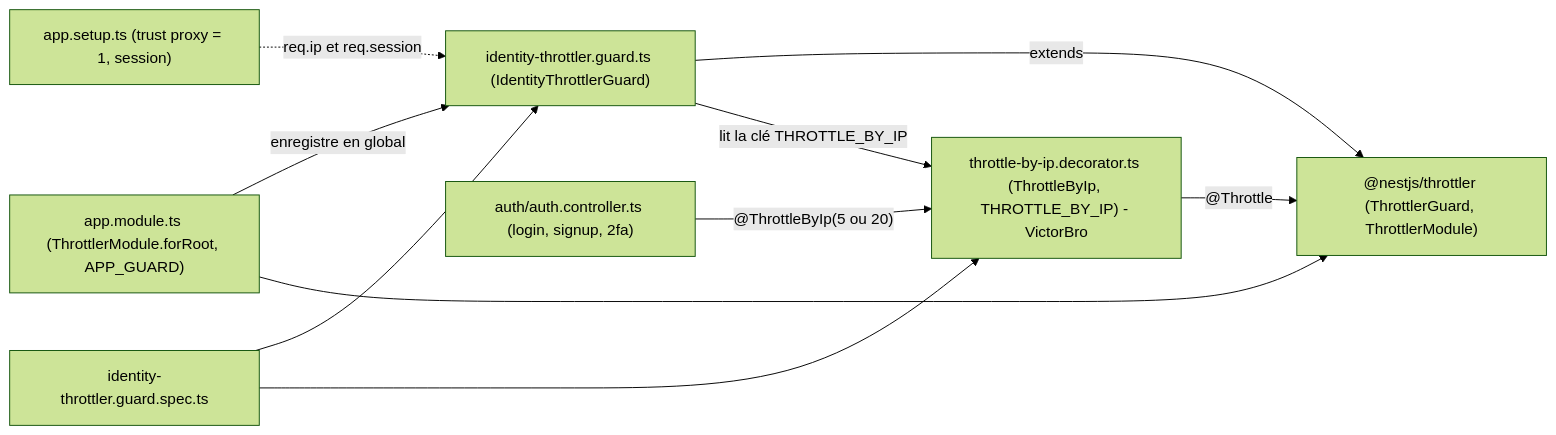
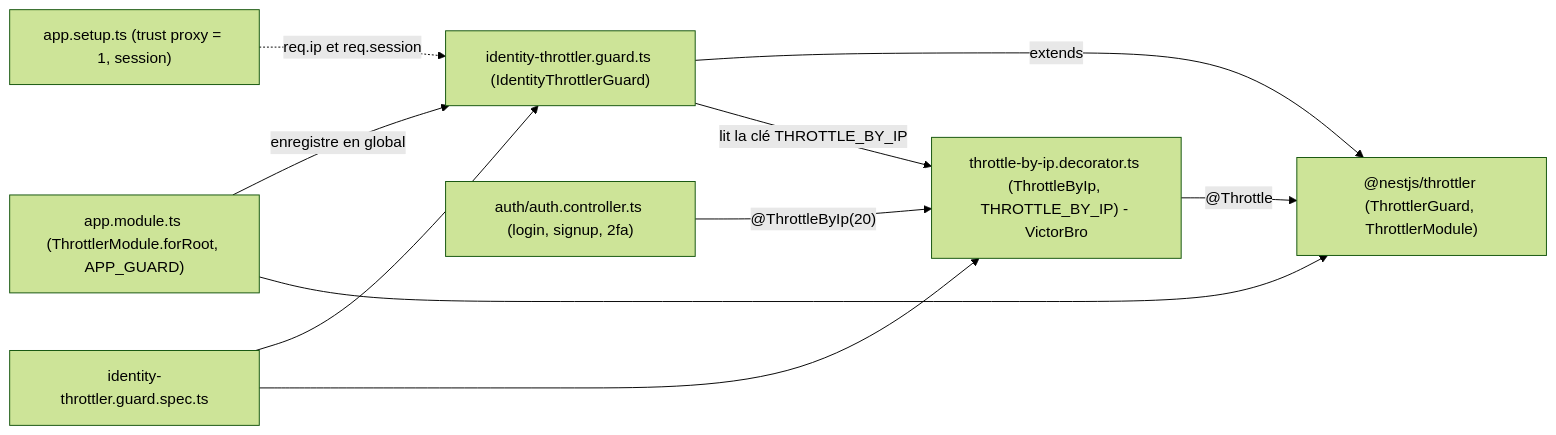
One commit to VictorBro/ft_transcendence changed the first of 3 diagrams in docs/transcendence-course/endrit/throttler/README.md. Above: the diagram before and after it, drawn with Mermaid (forest theme). The commit also changed other lines of this file and 223 other files, not shown here.

````diff
--- a/docs/transcendence-course/endrit/throttler/README.md
+++ b/docs/transcendence-course/endrit/throttler/README.md
@@ -55,20 +55,20 @@
 ```mermaid
 flowchart LR
   LIB["@nestjs/throttler (ThrottlerGuard, ThrottlerModule)"]
   MOD["app.module.ts (ThrottlerModule.forRoot, APP_GUARD)"]
   GUARD["identity-throttler.guard.ts (IdentityThrottlerGuard)"]
   DECO["throttle-by-ip.decorator.ts (ThrottleByIp, THROTTLE_BY_IP) - VictorBro"]
   AUTHC["auth/auth.controller.ts (login, signup, 2fa)"]
   SETUP["app.setup.ts (trust proxy = 1, session)"]
   SPEC["identity-throttler.guard.spec.ts"]
 
   GUARD -->|"extends"| LIB
   GUARD -->|"lit la clé THROTTLE_BY_IP"| DECO
   MOD -->|"enregistre en global"| GUARD
   MOD --> LIB
-  AUTHC -->|"@ThrottleByIp(5 ou 20)"| DECO
+  AUTHC -->|"@ThrottleByIp(20)"| DECO
   DECO -->|"@Throttle"| LIB
   SETUP -.->|"req.ip et req.session"| GUARD
   SPEC --> GUARD
   SPEC --> DECO
 ```
````
